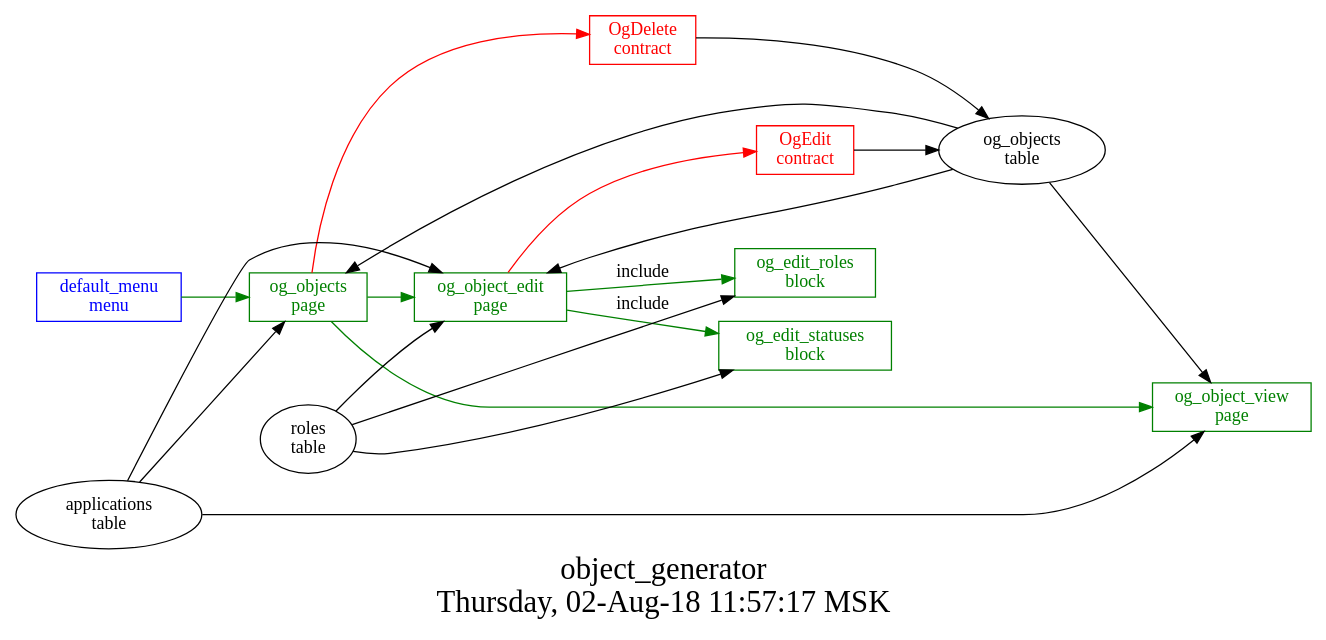
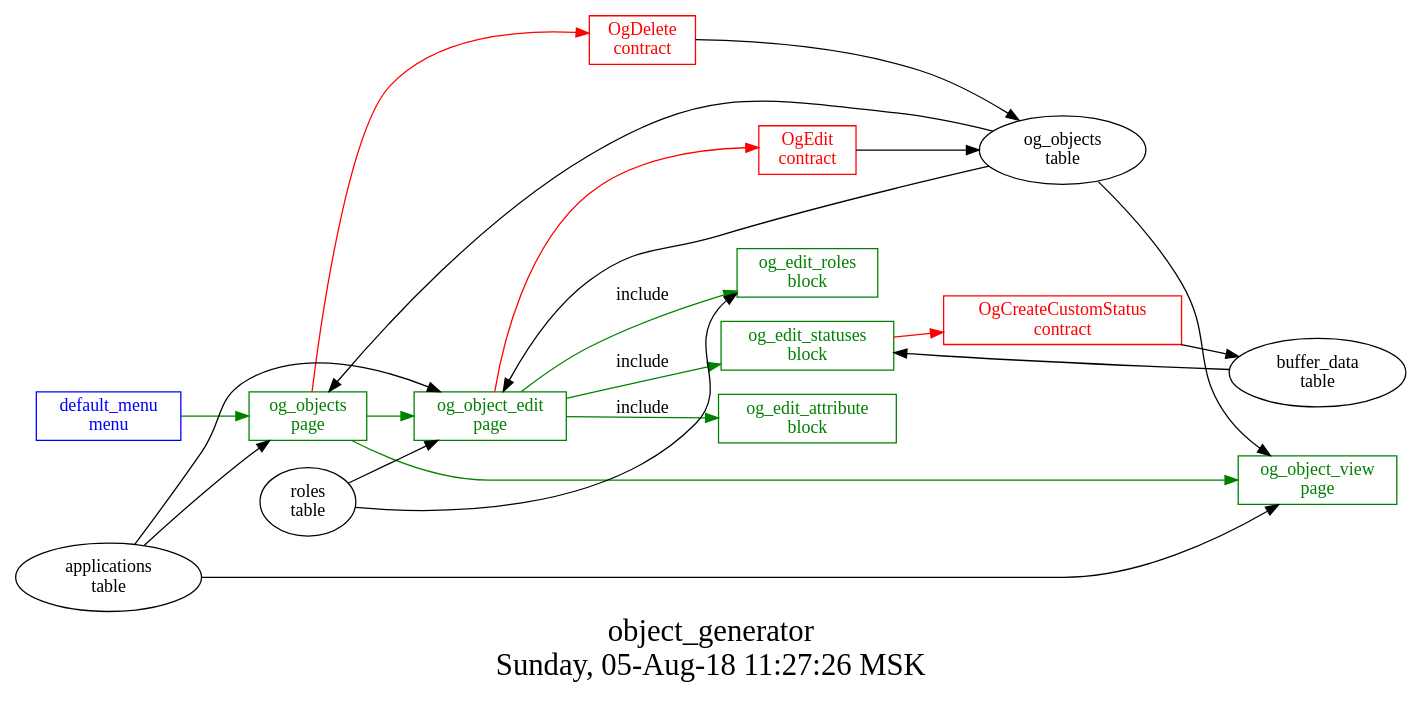
One commit to AplaProject/apps changed the diagram in src/object_generator/struct.dot. Above: the diagram before and after it, drawn with Graphviz. The commit also changed 2 other files, not shown here.

```diff
--- a/src/object_generator/struct.dot
+++ b/src/object_generator/struct.dot
@@ -1,37 +1,42 @@
 digraph G {
 graph [
   fontsize="24";
-  label="object_generator\nThursday, 02-Aug-18 11:57:17 MSK";
+  label="object_generator\nSunday, 05-Aug-18 11:27:26 MSK";
   nojustify=true;
   ordering=out;
   rankdir=LR;
   size="30";
 ];
 "default_menu\nmenu" -> "og_objects\npage"  [ color=green ]
 "default_menu\nmenu" [color=blue, fontcolor=blue, group=menus, shape=record];
 "og_object_edit\npage" -> "OgEdit\ncontract"  [ color=red ]
 "applications\ntable" -> "og_object_edit\npage"
 "roles\ntable" -> "og_object_edit\npage"
 "og_objects\ntable" -> "og_object_edit\npage"
 "og_object_edit\npage" -> "og_edit_roles\nblock"  [ color=green, label=include ]
 "og_object_edit\npage" -> "og_edit_statuses\nblock"  [ color=green, label=include ]
+"og_object_edit\npage" -> "og_edit_attribute\nblock"  [ color=green, label=include ]
 "og_object_edit\npage" [color=green, fontcolor=green, group=pages, shape=record];
 "applications\ntable" -> "og_object_view\npage"
 "og_objects\ntable" -> "og_object_view\npage"
 "og_object_view\npage" [color=green, fontcolor=green, group=pages, shape=record];
 "og_objects\npage" -> "OgDelete\ncontract"  [ color=red ]
 "applications\ntable" -> "og_objects\npage"
 "og_objects\ntable" -> "og_objects\npage"
 "og_objects\npage" -> "og_object_edit\npage"  [ color=green ]
 "og_objects\npage" -> "og_object_view\npage"  [ color=green ]
 "og_objects\npage" [color=green, fontcolor=green, group=pages, shape=record];
+"og_edit_attribute\nblock" [color=green, fontcolor=green, group=blocks, shape=record];
 "roles\ntable" -> "og_edit_roles\nblock"
 "og_edit_roles\nblock" [color=green, fontcolor=green, group=blocks, shape=record];
-"roles\ntable" -> "og_edit_statuses\nblock"
+"og_edit_statuses\nblock" -> "OgCreateCustomStatus\ncontract"  [ color=red ]
+"buffer_data\ntable" -> "og_edit_statuses\nblock"
 "og_edit_statuses\nblock" [color=green, fontcolor=green, group=blocks, shape=record];
+"OgCreateCustomStatus\ncontract" -> "buffer_data\ntable"  [ color="" ]
+"OgCreateCustomStatus\ncontract" [color=red, fontcolor=red, group=contracts, shape=record];
 "OgDelete\ncontract" -> "og_objects\ntable"  [ color="" ]
 "OgDelete\ncontract" [color=red, fontcolor=red, group=contracts, shape=record];
 "OgEdit\ncontract" -> "og_objects\ntable"  [ color="" ]
 "OgEdit\ncontract" [color=red, fontcolor=red, group=contracts, shape=record];
 "og_objects\ntable" [color="", fontcolor="", group=tables, shape=""];
 }
```
